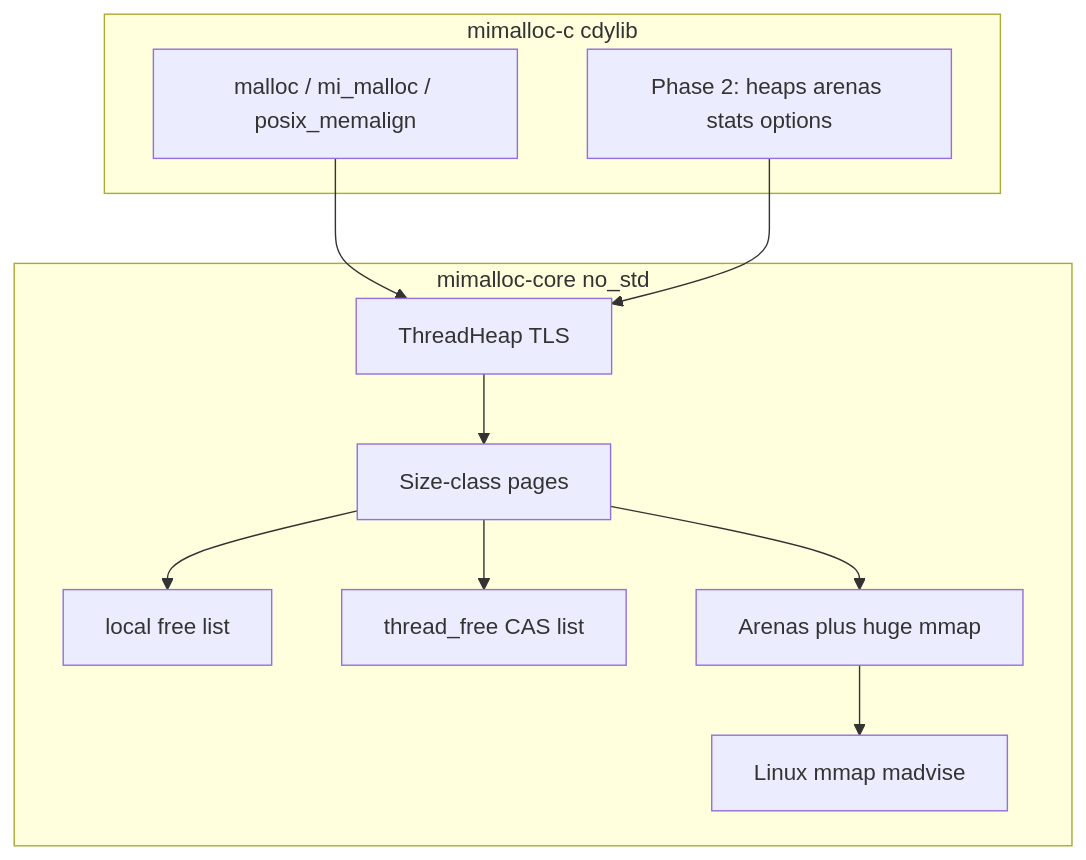
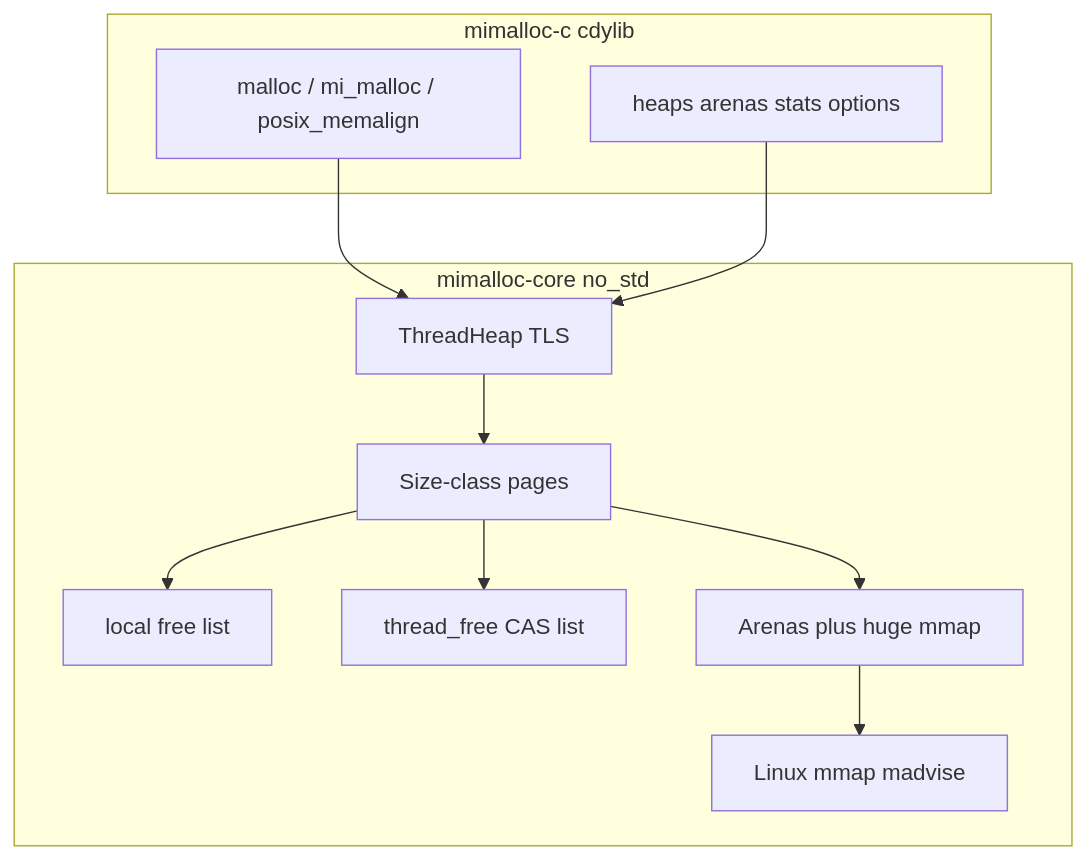
The diagram in .cursor/plans/rust_mimalloc_rewrite_c89744cb.plan.md (tyler274/ElyMalloc), drawn with Mermaid before and after one commit. The commit also changed other lines of this file and 22 other files, not shown here.

````diff
--- a/.cursor/plans/rust_mimalloc_rewrite_c89744cb.plan.md
+++ b/.cursor/plans/rust_mimalloc_rewrite_c89744cb.plan.md
@@ -59,22 +74,22 @@
 ```mermaid
 flowchart TB
   subgraph capi [mimalloc-c cdylib]
     mallocSyms["malloc / mi_malloc / posix_memalign"]
-    laterApi["Phase 2: heaps arenas stats options"]
+    laterApi["heaps arenas stats options"]
   end
   subgraph core [mimalloc-core no_std]
     tls[ThreadHeap TLS]
     pages[Size-class pages]
     localFree[local free list]
     xthreadFree["thread_free CAS list"]
     arenas[Arenas plus huge mmap]
     os[Linux mmap madvise]
   end
   mallocSyms --> tls
   laterApi --> tls
   tls --> pages
   pages --> localFree
   pages --> xthreadFree
   pages --> arenas
   arenas --> os
 ```
````
